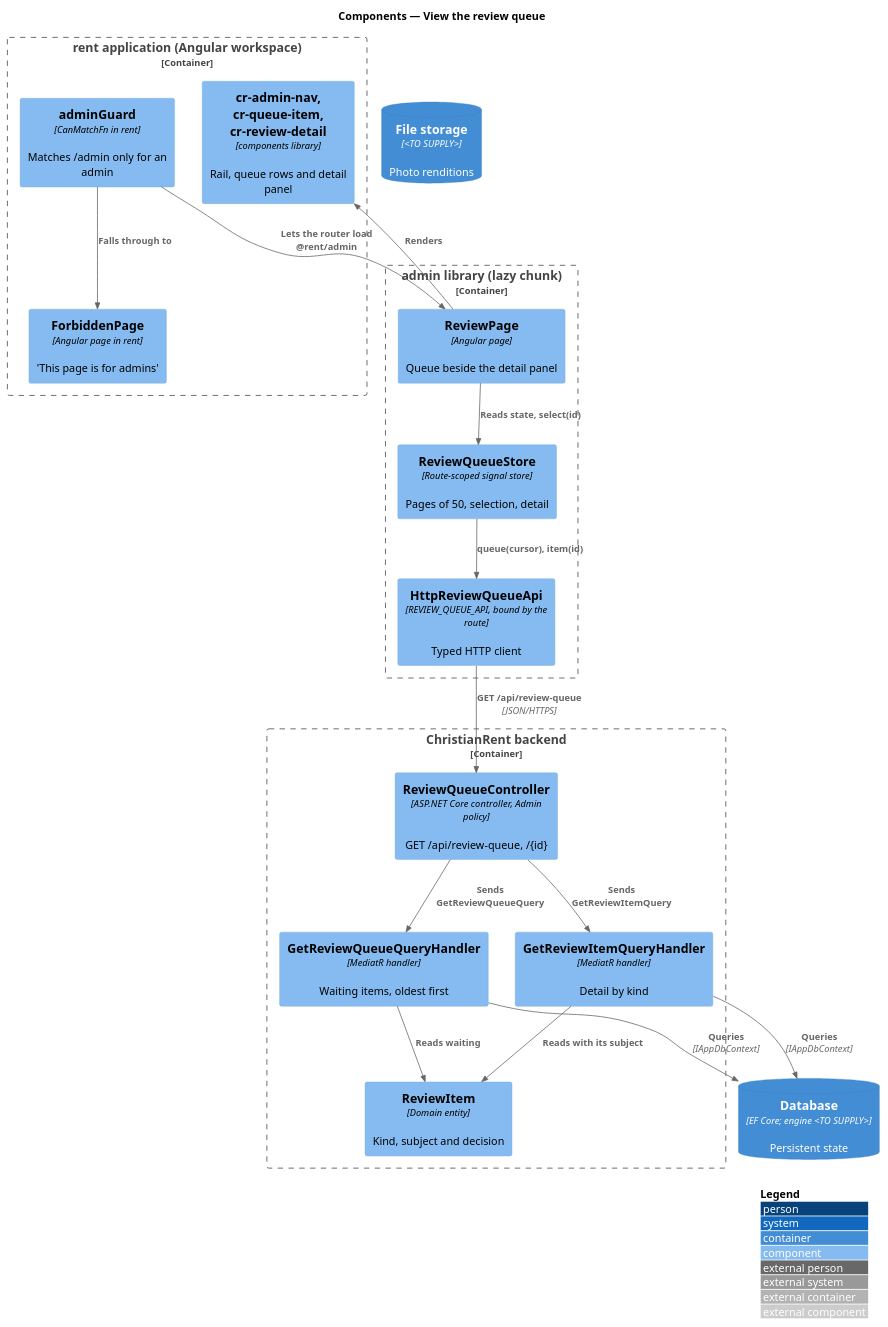
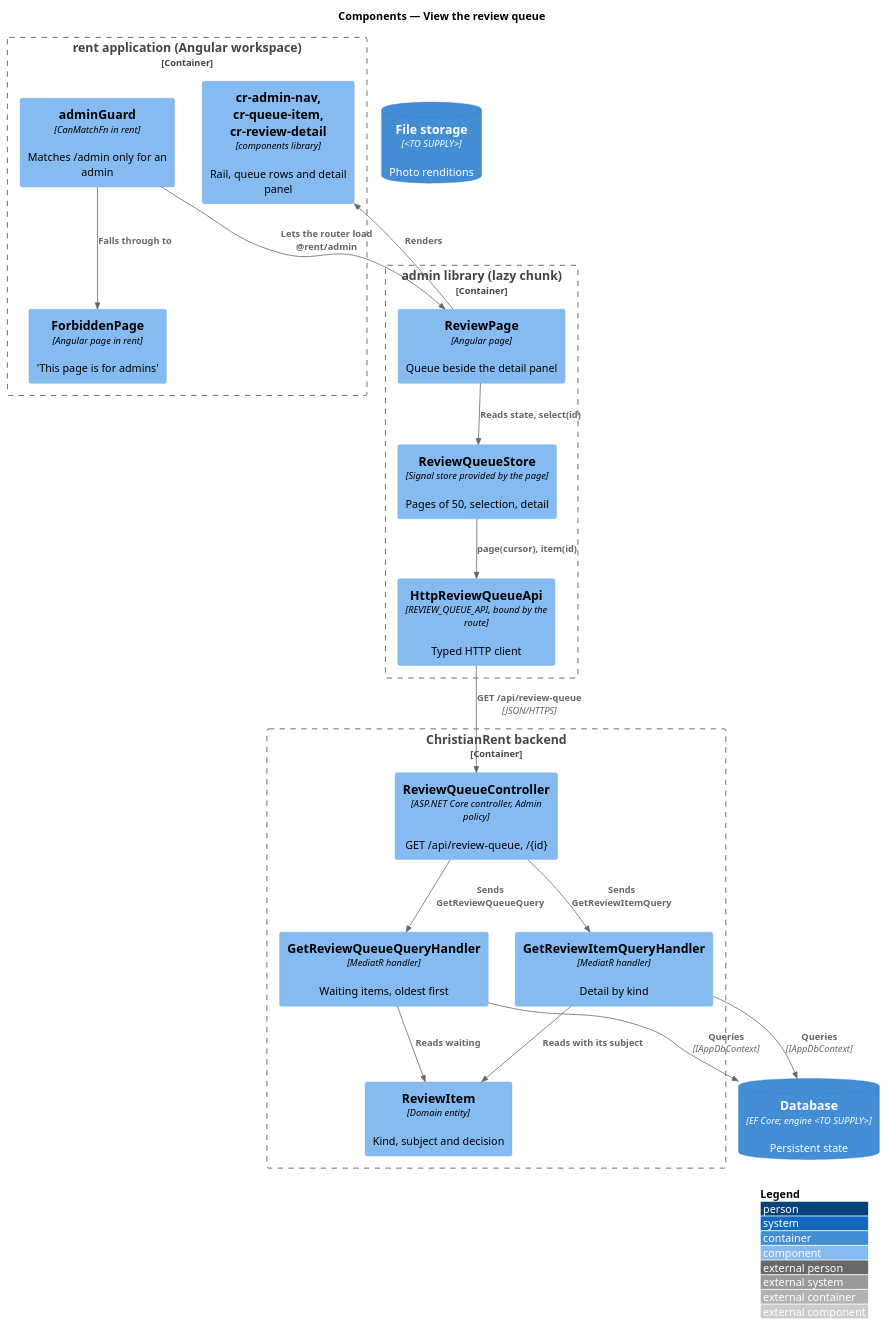
The diagram in docs/detailed-designs/review/view-review-queue/diagrams/c4-component.puml (QuinntyneBrown/christian-rent), drawn with PlantUML before and after one commit. The commit also changed 20 other files, not shown here.

First line of the commit message:
Show the queue's loading, failed and caught-up states, and a detail's failures

```diff
--- a/docs/detailed-designs/review/view-review-queue/diagrams/c4-component.puml
+++ b/docs/detailed-designs/review/view-review-queue/diagrams/c4-component.puml
@@ -1,36 +1,36 @@
 @startuml
 !include <C4/C4_Component>
 LAYOUT_WITH_LEGEND()
 title Components — View the review queue
 
 Container_Boundary(spa, "rent application (Angular workspace)") {
   Component(guard, "adminGuard", "CanMatchFn in rent", "Matches /admin only for an admin")
   Component(forbid, "ForbiddenPage", "Angular page in rent", "'This page is for admins'")
   Component(ui, "cr-admin-nav, cr-queue-item, cr-review-detail", "components library", "Rail, queue rows and detail panel")
 }
 Container_Boundary(admlib, "admin library (lazy chunk)") {
   Component(page, "ReviewPage", "Angular page", "Queue beside the detail panel")
-  Component(store, "ReviewQueueStore", "Route-scoped signal store", "Pages of 50, selection, detail")
+  Component(store, "ReviewQueueStore", "Signal store provided by the page", "Pages of 50, selection, detail")
   Component(client, "HttpReviewQueueApi", "REVIEW_QUEUE_API, bound by the route", "Typed HTTP client")
 }
 Container_Boundary(api, "ChristianRent backend") {
   Component(ctrl, "ReviewQueueController", "ASP.NET Core controller, Admin policy", "GET /api/review-queue, /{id}")
   Component(list, "GetReviewQueueQueryHandler", "MediatR handler", "Waiting items, oldest first")
   Component(det, "GetReviewItemQueryHandler", "MediatR handler", "Detail by kind")
   Component(item, "ReviewItem", "Domain entity", "Kind, subject and decision")
 }
 ContainerDb(db, "Database", "EF Core; engine <TO SUPPLY>", "Persistent state")
 ContainerDb(files, "File storage", "<TO SUPPLY>", "Photo renditions")
 Rel(guard, page, "Lets the router load @rent/admin")
 Rel(guard, forbid, "Falls through to")
 Rel(page, store, "Reads state, select(id)")
 Rel(page, ui, "Renders")
-Rel(store, client, "queue(cursor), item(id)")
+Rel(store, client, "page(cursor), item(id)")
 Rel(client, ctrl, "GET /api/review-queue", "JSON/HTTPS")
 Rel(ctrl, list, "Sends GetReviewQueueQuery")
 Rel(ctrl, det, "Sends GetReviewItemQuery")
 Rel(list, item, "Reads waiting")
 Rel(det, item, "Reads with its subject")
 Rel(list, db, "Queries", "IAppDbContext")
 Rel(det, db, "Queries", "IAppDbContext")
 @enduml
```
